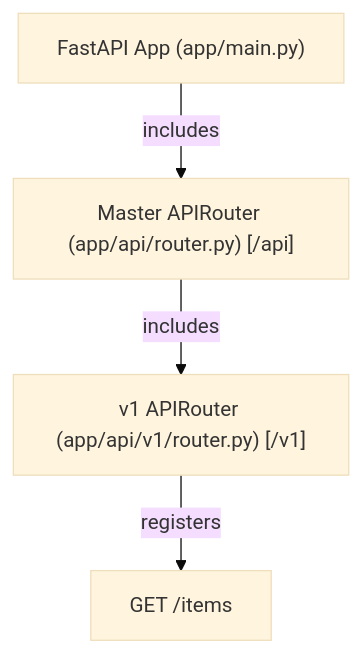
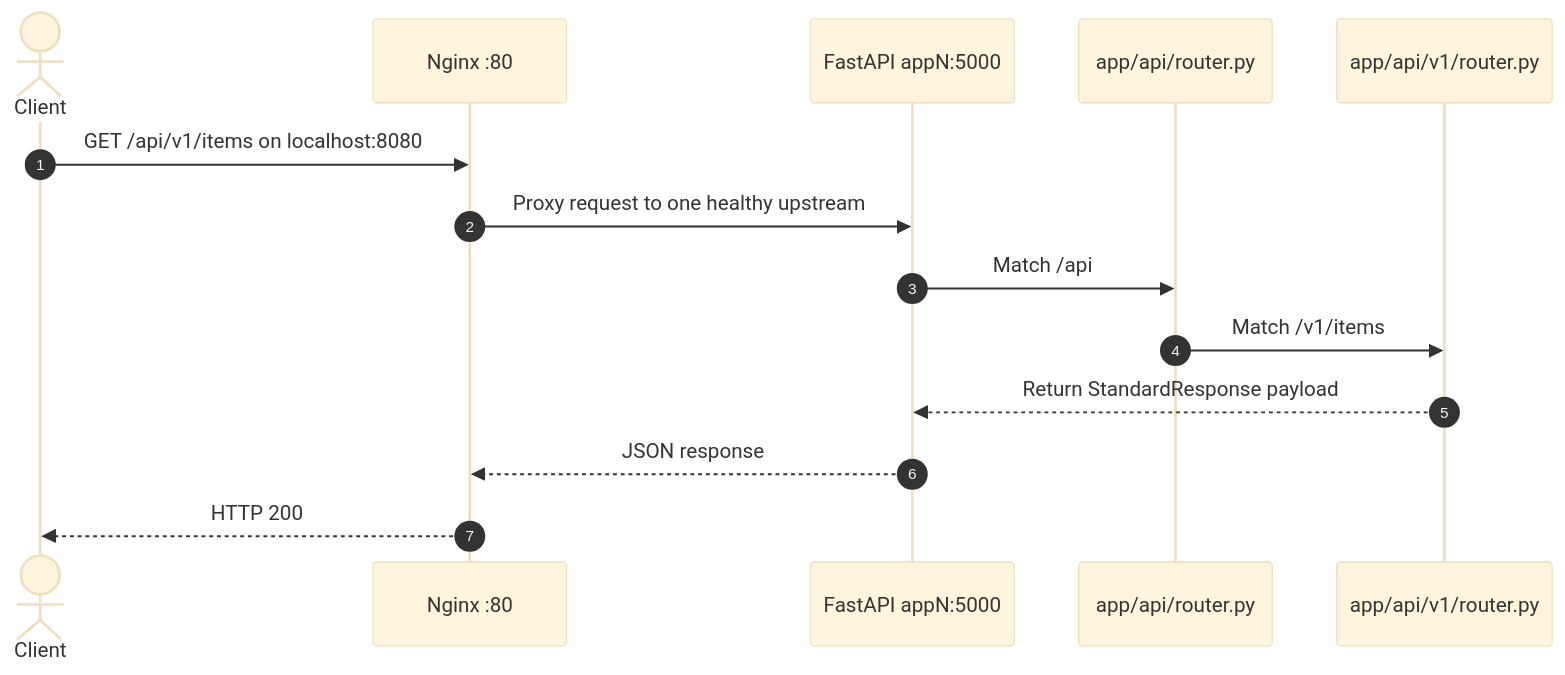
The second of 4 diagrams in docs/ARCHITECTURE.md (meshal10613/Expense-Tracker-API-with-Python-FastAPI), drawn with Mermaid (base theme) before and after one commit. The commit also changed other lines of this file and 5 other files, not shown here.

````diff
--- a/docs/ARCHITECTURE.md
+++ b/docs/ARCHITECTURE.md
@@ -55,11 +94,17 @@
 ```mermaid
-graph TD
-    App["FastAPI App (app/main.py)"]
-    MasterRouter["Master APIRouter (app/api/router.py) [/api]"]
-    V1Router["v1 APIRouter (app/api/v1/router.py) [/v1]"]
-    ItemsEndpoint["GET /items"]
+sequenceDiagram
+    autonumber
+    actor Client
+    participant Nginx as Nginx :80
+    participant App as FastAPI appN:5000
+    participant Router as app/api/router.py
+    participant V1 as app/api/v1/router.py
 
-    App -->|includes| MasterRouter
-    MasterRouter -->|includes| V1Router
-    V1Router -->|registers| ItemsEndpoint
+    Client->>Nginx: GET /api/v1/items on localhost:8080
+    Nginx->>App: Proxy request to one healthy upstream
+    App->>Router: Match /api
+    Router->>V1: Match /v1/items
+    V1-->>App: Return StandardResponse payload
+    App-->>Nginx: JSON response
+    Nginx-->>Client: HTTP 200
 ```
````
